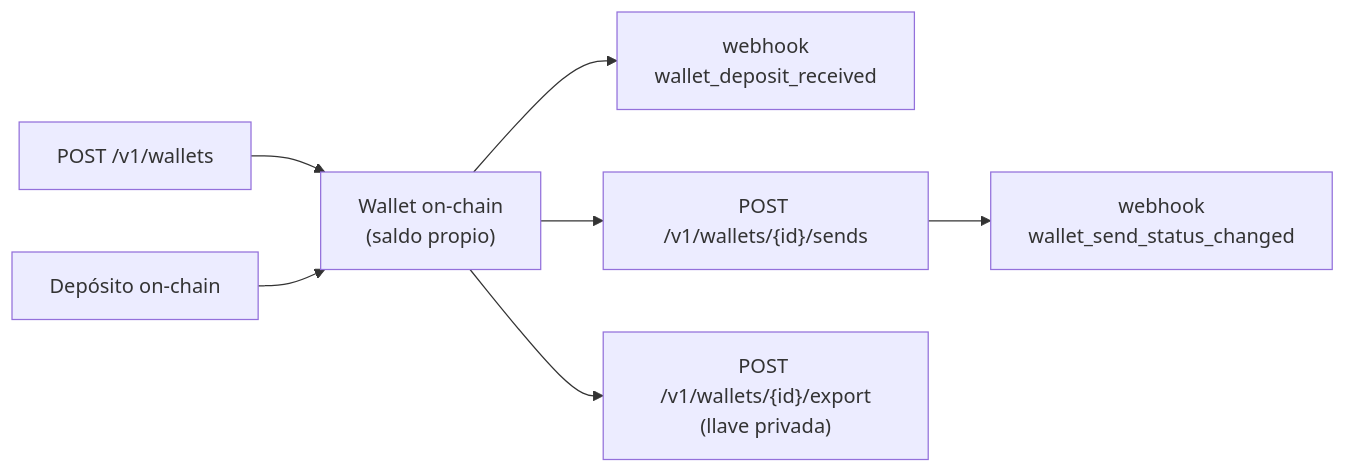
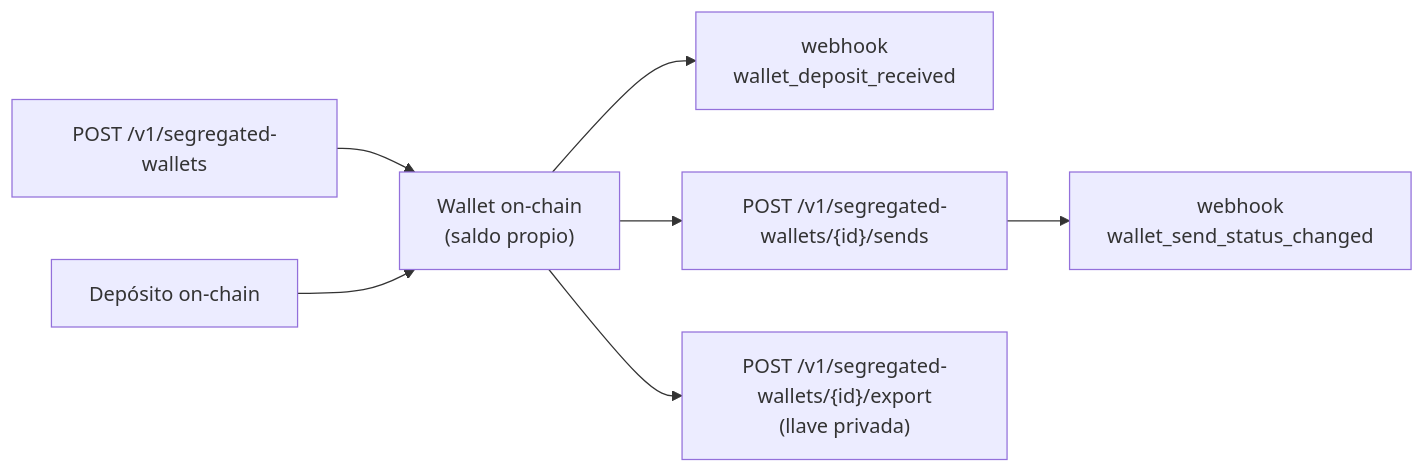
Diagram 24 of 36 in CBPAY_DOCUMENTACION.md (SaturoS17/docs), drawn with Mermaid before and after one commit. The commit also changed other lines of this file and 22 other files, not shown here.

Commit message:
docs: segregated wallets move to /v1/segregated-wallets (breaking, v1.60) + type discriminators

````diff
--- a/CBPAY_DOCUMENTACION.md
+++ b/CBPAY_DOCUMENTACION.md
@@ -4417,9 +4433,9 @@
 ```mermaid
 flowchart LR
-    crear["POST /v1/wallets"] --> wallet["Wallet on-chain<br/>(saldo propio)"]
+    crear["POST /v1/segregated-wallets"] --> wallet["Wallet on-chain<br/>(saldo propio)"]
     deposito["Depósito on-chain"] --> wallet
     wallet --> whIn["webhook<br/>wallet_deposit_received"]
-    wallet --> envio["POST /v1/wallets/{id}/sends"]
+    wallet --> envio["POST /v1/segregated-wallets/{id}/sends"]
     envio --> whOut["webhook<br/>wallet_send_status_changed"]
-    wallet --> export["POST /v1/wallets/{id}/export<br/>(llave privada)"]
+    wallet --> export["POST /v1/segregated-wallets/{id}/export<br/>(llave privada)"]
 ```
````
